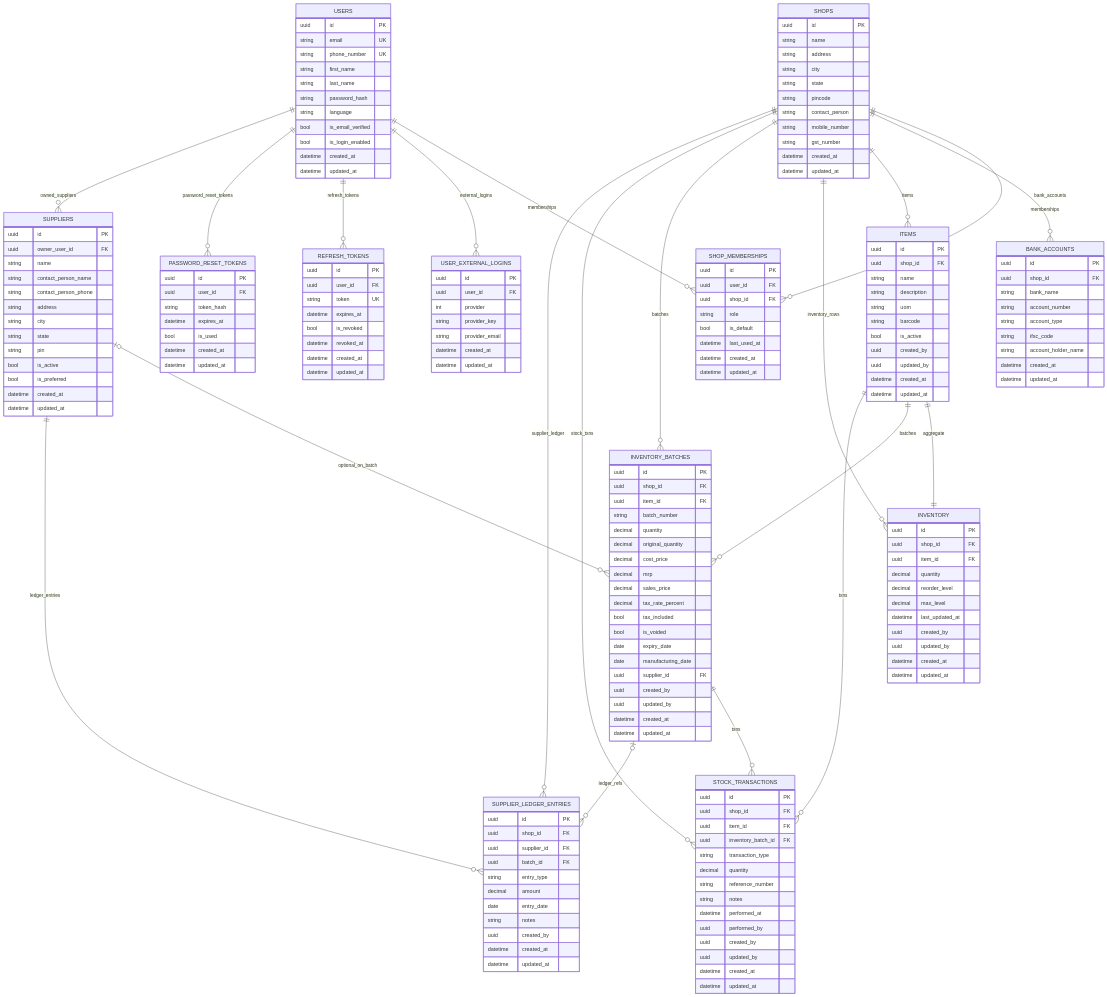
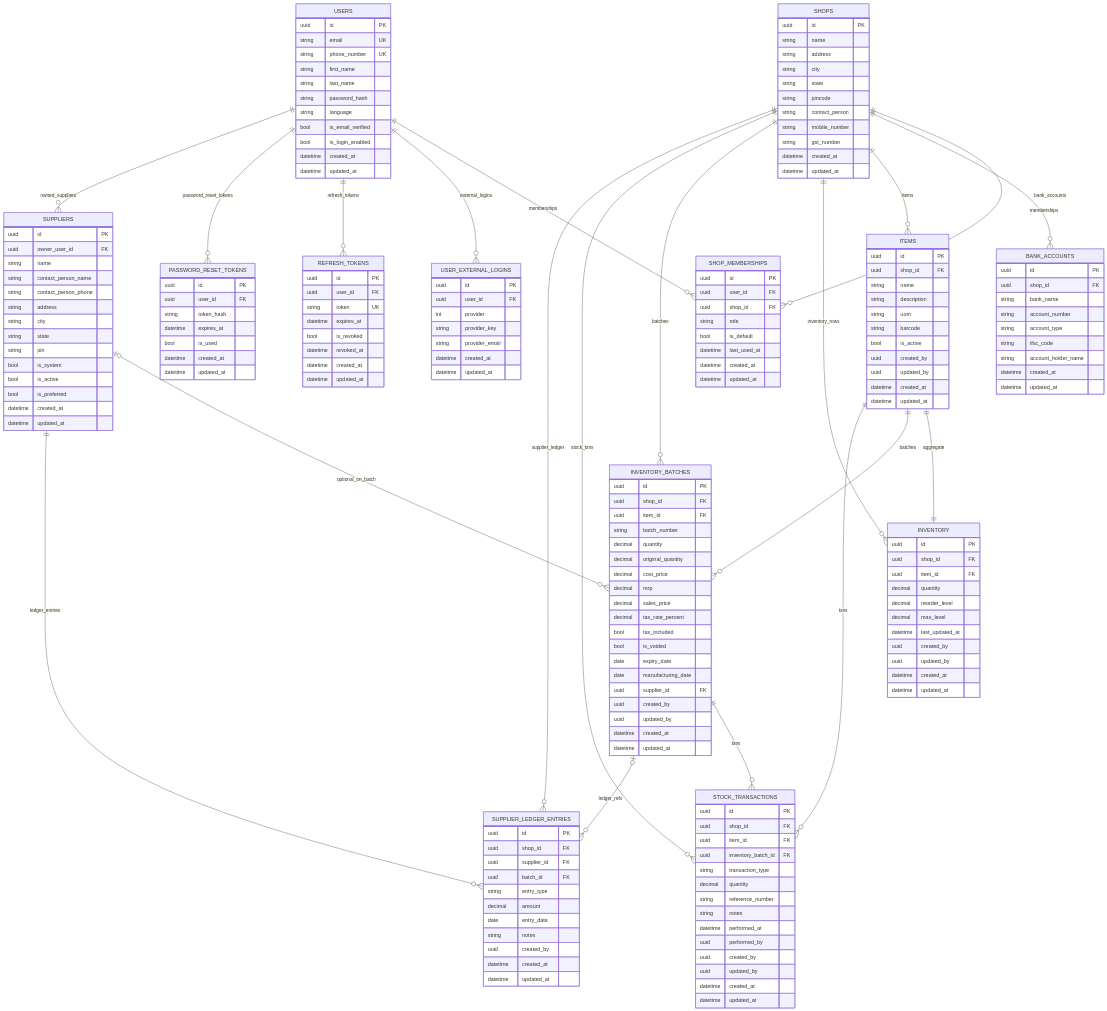
One commit to chanakya-net/intelibill changed the diagram in docs/diagrams/backend-db.er.mmd. Above: the diagram before and after it, drawn with Mermaid. The commit also changed 14 other files, not shown here.

```diff
--- a/docs/diagrams/backend-db.er.mmd
+++ b/docs/diagrams/backend-db.er.mmd
@@ -91,6 +91,7 @@
         string city
         string state
         string pin
+        bool is_system
         bool is_active
         bool is_preferred
         datetime created_at
```
